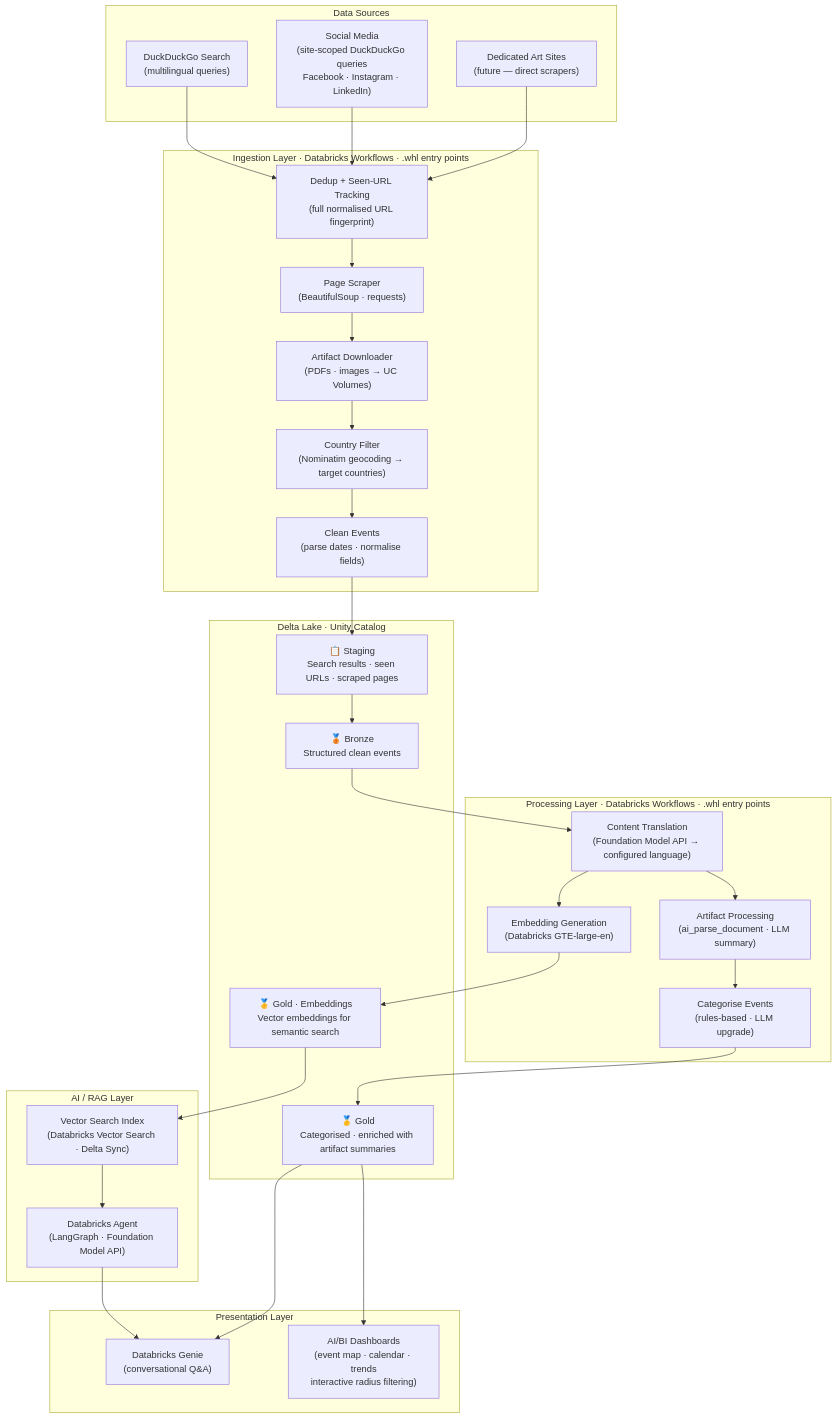
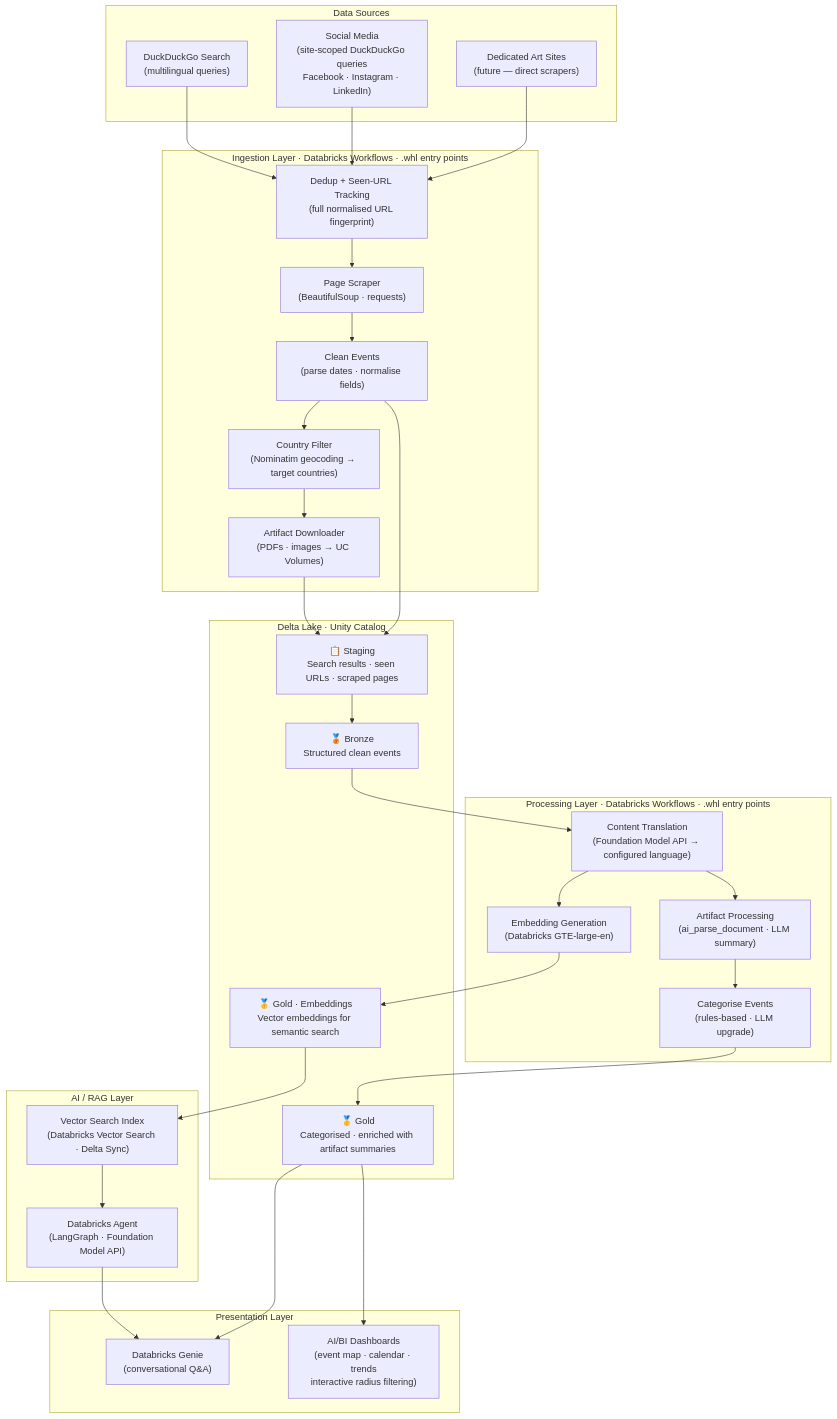
One commit to llmops-databricks-1/llmops-databricks-course-victor-kuznetsov changed the diagram in docs/artlake/ARCHITECTURE.md. Above: the diagram before and after it, drawn with Mermaid. The commit also changed other lines of this file and 6 other files, not shown here.

````diff
--- a/docs/artlake/ARCHITECTURE.md
+++ b/docs/artlake/ARCHITECTURE.md
@@ -11,48 +11,49 @@
 ```mermaid
 flowchart TD
     subgraph Sources["Data Sources"]
         DDG["DuckDuckGo Search\n(multilingual queries)"]
         SOC["Social Media\n(site-scoped DuckDuckGo queries\nFacebook · Instagram · LinkedIn)"]
         DS["Dedicated Art Sites\n(future — direct scrapers)"]
     end
 
     subgraph Ingestion["Ingestion Layer · Databricks Workflows · .whl entry points"]
         DEDUP["Dedup + Seen-URL Tracking\n(full normalised URL fingerprint)"]
         SC["Page Scraper\n(BeautifulSoup · requests)"]
         ART_DL["Artifact Downloader\n(PDFs · images → UC Volumes)"]
         GEO["Country Filter\n(Nominatim geocoding → target countries)"]
         CLEAN["Clean Events\n(parse dates · normalise fields)"]
     end
 
     subgraph Lake["Delta Lake · Unity Catalog"]
         STG["📋 Staging\nSearch results · seen URLs · scraped pages"]
         B["🥉 Bronze\nStructured clean events"]
         GO["🥇 Gold\nCategorised · enriched with artifact summaries"]
         EMB_T["🥇 Gold · Embeddings\nVector embeddings for semantic search"]
     end
 
     subgraph Processing["Processing Layer · Databricks Workflows · .whl entry points"]
         TRANS["Content Translation\n(Foundation Model API → configured language)"]
         ART_PROC["Artifact Processing\n(ai_parse_document · LLM summary)"]
         CAT["Categorise Events\n(rules-based · LLM upgrade)"]
         EMB["Embedding Generation\n(Databricks GTE-large-en)"]
     end
 
     subgraph AI["AI / RAG Layer"]
         VS["Vector Search Index\n(Databricks Vector Search · Delta Sync)"]
         AGENT["Databricks Agent\n(LangGraph · Foundation Model API)"]
     end
 
     subgraph Presentation["Presentation Layer"]
         GENIE["Databricks Genie\n(conversational Q&A)"]
         DASH["AI/BI Dashboards\n(event map · calendar · trends\ninteractive radius filtering)"]
     end
 
-    DDG & SOC & DS --> DEDUP --> SC --> ART_DL --> GEO --> CLEAN
+    DDG & SOC & DS --> DEDUP --> SC --> CLEAN --> GEO --> ART_DL
+    ART_DL --> STG
     CLEAN --> STG
     STG --> B
     B --> TRANS --> ART_PROC --> CAT --> GO
     TRANS --> EMB --> EMB_T --> VS --> AGENT --> GENIE
     GO --> DASH
     GO --> GENIE
 ```
````
